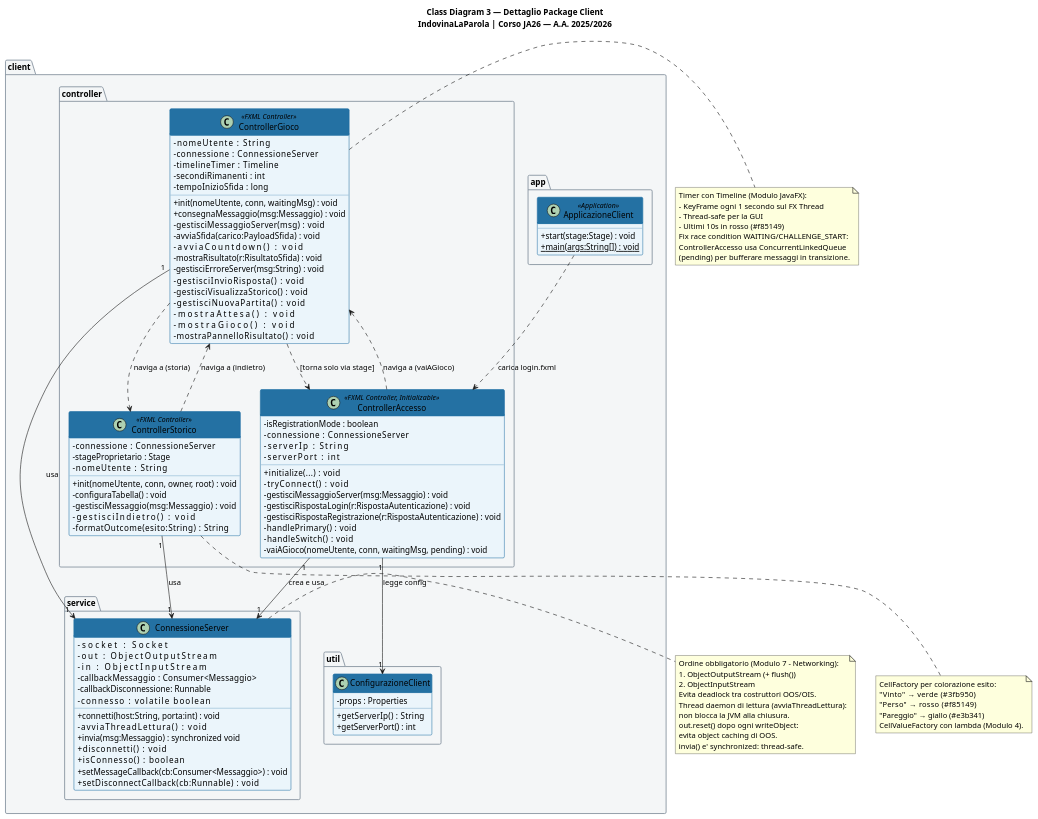
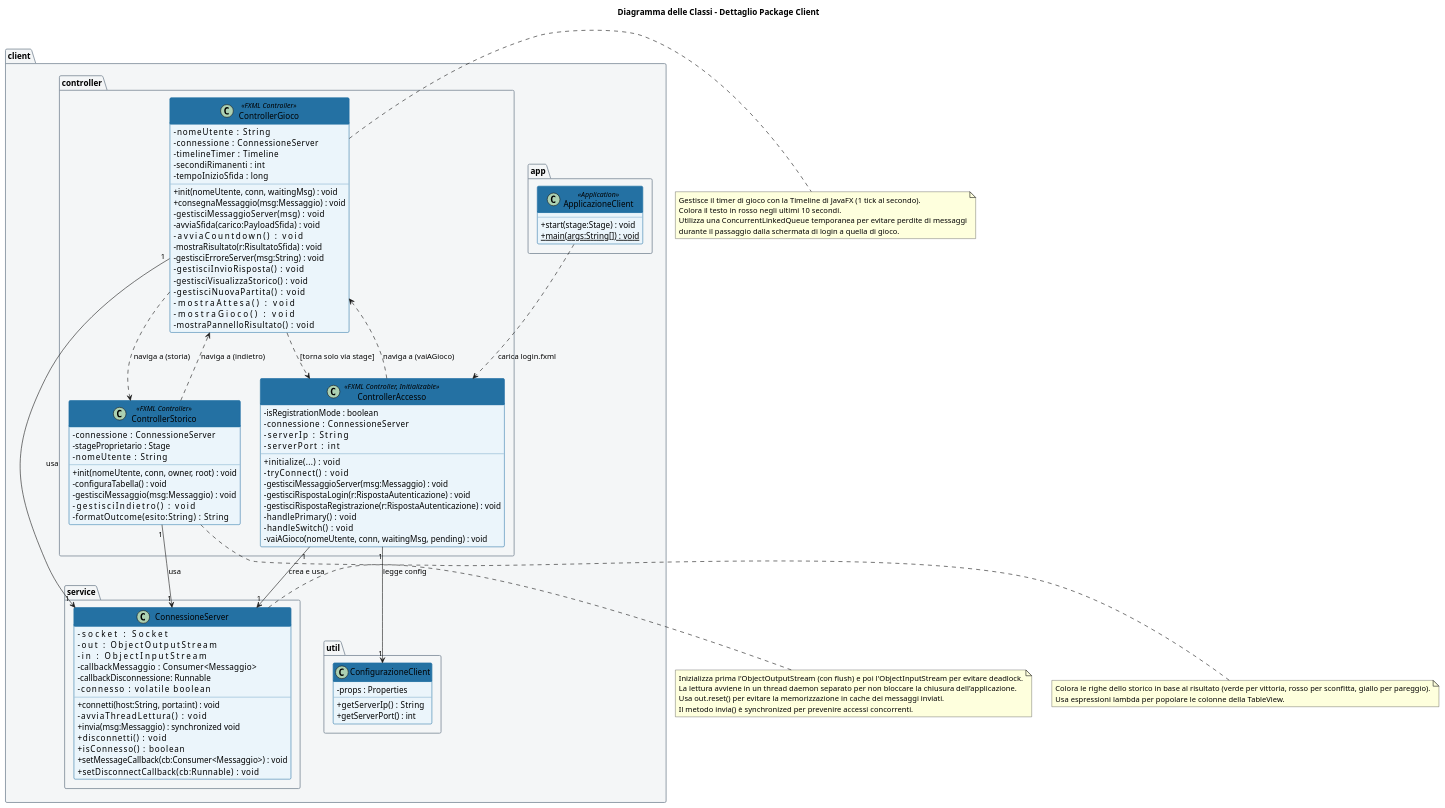
The diagram in Documenti/Diagrammi/CD_03_ClientDettaglio.puml (Michele-Pio-Russo/Progetto_Java_Avanzata_Gruppo_2), drawn with PlantUML before and after one commit. The commit also changed 16 other files, not shown here.

```diff
--- a/Documenti/Diagrammi/CD_03_ClientDettaglio.puml
+++ b/Documenti/Diagrammi/CD_03_ClientDettaglio.puml
@@ -1,141 +1,130 @@
 @startuml CD_03_ClientDettaglio
 skinparam classAttributeIconSize 0
 skinparam class {
   BackgroundColor #EBF5FB
   BorderColor #2471A3
   HeaderBackgroundColor #2471A3
   HeaderFontColor White
 }
 skinparam package {
   BackgroundColor #F4F6F7
   BorderColor #85929E
 }
 
-title Class Diagram 3 — Dettaglio Package Client\nIndovinaLaParola | Corso JA26 — A.A. 2025/2026
+title Diagramma delle Classi - Dettaglio Package Client
 
 package "client.app" {
   class ApplicazioneClient <<Application>> {
     + start(stage:Stage) : void
     + {static} main(args:String[]) : void
   }
 }
 
 package "client.controller" {
   class ControllerAccesso <<FXML Controller, Initializable>> {
     - isRegistrationMode : boolean
     - connessione        : ConnessioneServer
     - serverIp           : String
     - serverPort         : int
     + initialize(...)    : void
     - tryConnect()       : void
     - gestisciMessaggioServer(msg:Messaggio) : void
     - gestisciRispostaLogin(r:RispostaAutenticazione) : void
     - gestisciRispostaRegistrazione(r:RispostaAutenticazione) : void
     - handlePrimary()    : void
     - handleSwitch()     : void
     - vaiAGioco(nomeUtente, conn, waitingMsg, pending) : void
   }
 
   class ControllerGioco <<FXML Controller>> {
     - nomeUtente         : String
     - connessione        : ConnessioneServer
     - timelineTimer      : Timeline
     - secondiRimanenti   : int
     - tempoInizioSfida   : long
     + init(nomeUtente, conn, waitingMsg) : void
     + consegnaMessaggio(msg:Messaggio)  : void
     - gestisciMessaggioServer(msg)      : void
     - avviaSfida(carico:PayloadSfida)   : void
     - avviaCountdown()                  : void
     - mostraRisultato(r:RisultatoSfida) : void
     - gestisciErroreServer(msg:String)  : void
     - gestisciInvioRisposta()           : void
     - gestisciVisualizzaStorico()       : void
     - gestisciNuovaPartita()            : void
     - mostraAttesa()                    : void
     - mostraGioco()                     : void
     - mostraPannelloRisultato()         : void
   }
 
   class ControllerStorico <<FXML Controller>> {
     - connessione       : ConnessioneServer
     - stageProprietario : Stage
     - nomeUtente        : String
     + init(nomeUtente, conn, owner, root) : void
     - configuraTabella() : void
     - gestisciMessaggio(msg:Messaggio)   : void
     - gestisciIndietro()                 : void
     - formatOutcome(esito:String)        : String
   }
 }
 
 package "client.service" {
   class ConnessioneServer {
     - socket                : Socket
     - out                   : ObjectOutputStream
     - in                    : ObjectInputStream
     - callbackMessaggio     : Consumer<Messaggio>
     - callbackDisconnessione: Runnable
     - connesso              : volatile boolean
     + connetti(host:String, porta:int) : void
     - avviaThreadLettura()             : void
     + invia(msg:Messaggio) : synchronized void
     + disconnetti()        : void
     + isConnesso()         : boolean
     + setMessageCallback(cb:Consumer<Messaggio>) : void
     + setDisconnectCallback(cb:Runnable)         : void
   }
 }
 
 package "client.util" {
   class ConfigurazioneClient {
     - props : Properties
     + getServerIp()   : String
     + getServerPort() : int
   }
 }
 
-' === RELAZIONI ===
+' --- Relazioni ---
 ApplicazioneClient ..> ControllerAccesso  : carica login.fxml
 ControllerAccesso "1" --> "1" ConnessioneServer  : crea e usa
 ControllerAccesso "1" --> "1" ConfigurazioneClient : legge config
 ControllerAccesso ..> ControllerGioco    : naviga a (vaiAGioco)
 
 ControllerGioco "1" --> "1" ConnessioneServer : usa
 ControllerGioco ..> ControllerStorico : naviga a (storia)
 ControllerGioco ..> ControllerAccesso : [torna solo via stage]
 
 ControllerStorico "1" --> "1" ConnessioneServer : usa
 ControllerStorico ..> ControllerGioco : naviga a (indietro)
 
 note right of ConnessioneServer
-  Ordine obbligatorio (Modulo 7 - Networking):
-  1. ObjectOutputStream (+ flush())
-  2. ObjectInputStream
-  Evita deadlock tra costruttori OOS/OIS.
-  Thread daemon di lettura (avviaThreadLettura):
-  non blocca la JVM alla chiusura.
-  out.reset() dopo ogni writeObject:
-  evita object caching di OOS.
-  invia() e' synchronized: thread-safe.
+  Inizializza prima l'ObjectOutputStream (con flush) e poi l'ObjectInputStream per evitare deadlock.
+  La lettura avviene in un thread daemon separato per non bloccare la chiusura dell'applicazione.
+  Usa out.reset() per evitare la memorizzazione in cache dei messaggi inviati.
+  Il metodo invia() è synchronized per prevenire accessi concorrenti.
 end note
 
 note right of ControllerGioco
-  Timer con Timeline (Modulo JavaFX):
-  - KeyFrame ogni 1 secondo sul FX Thread
-  - Thread-safe per la GUI
-  - Ultimi 10s in rosso (#f85149)
-  Fix race condition WAITING/CHALLENGE_START:
-  ControllerAccesso usa ConcurrentLinkedQueue
-  (pending) per bufferare messaggi in transizione.
+  Gestisce il timer di gioco con la Timeline di JavaFX (1 tick al secondo).
+  Colora il testo in rosso negli ultimi 10 secondi.
+  Utilizza una ConcurrentLinkedQueue temporanea per evitare perdite di messaggi
+  durante il passaggio dalla schermata di login a quella di gioco.
 end note
 
 note bottom of ControllerStorico
-  CellFactory per colorazione esito:
-  "Vinto"    → verde (#3fb950)
-  "Perso"    → rosso (#f85149)
-  "Pareggio" → giallo (#e3b341)
-  CellValueFactory con lambda (Modulo 4).
+  Colora le righe dello storico in base al risultato (verde per vittoria, rosso per sconfitta, giallo per pareggio).
+  Usa espressioni lambda per popolare le colonne della TableView.
 end note
 
 @enduml
```
